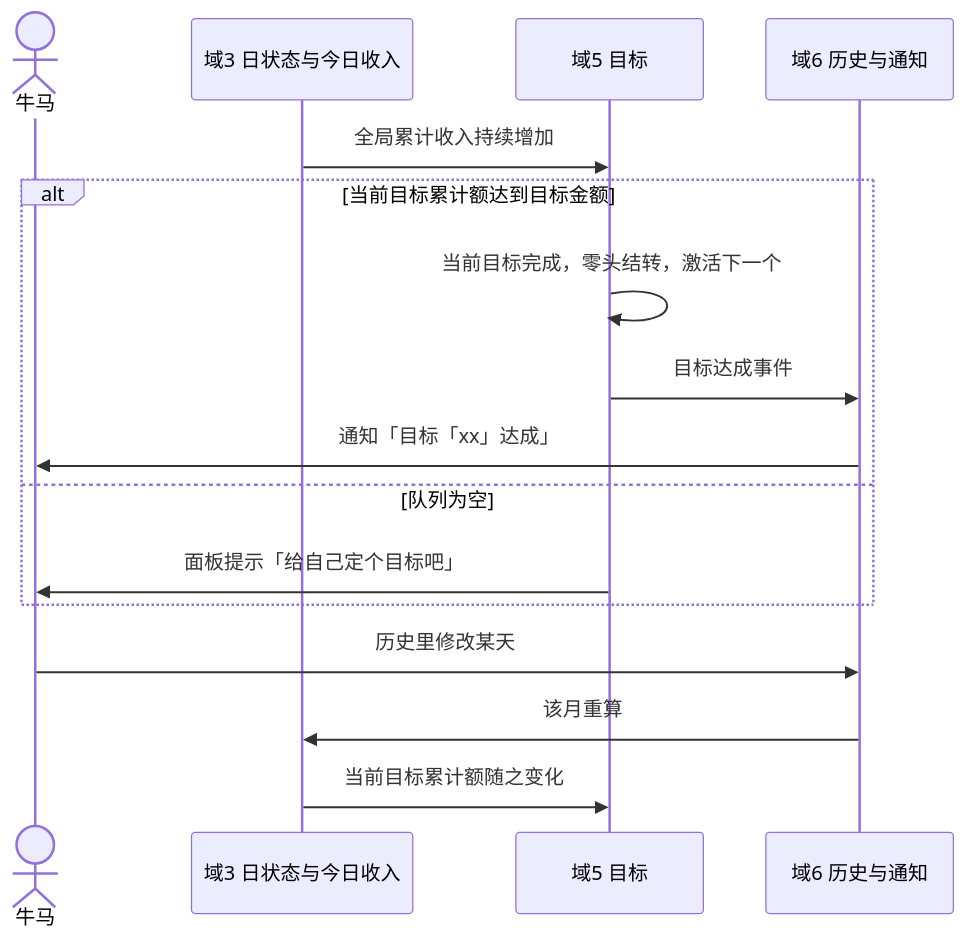
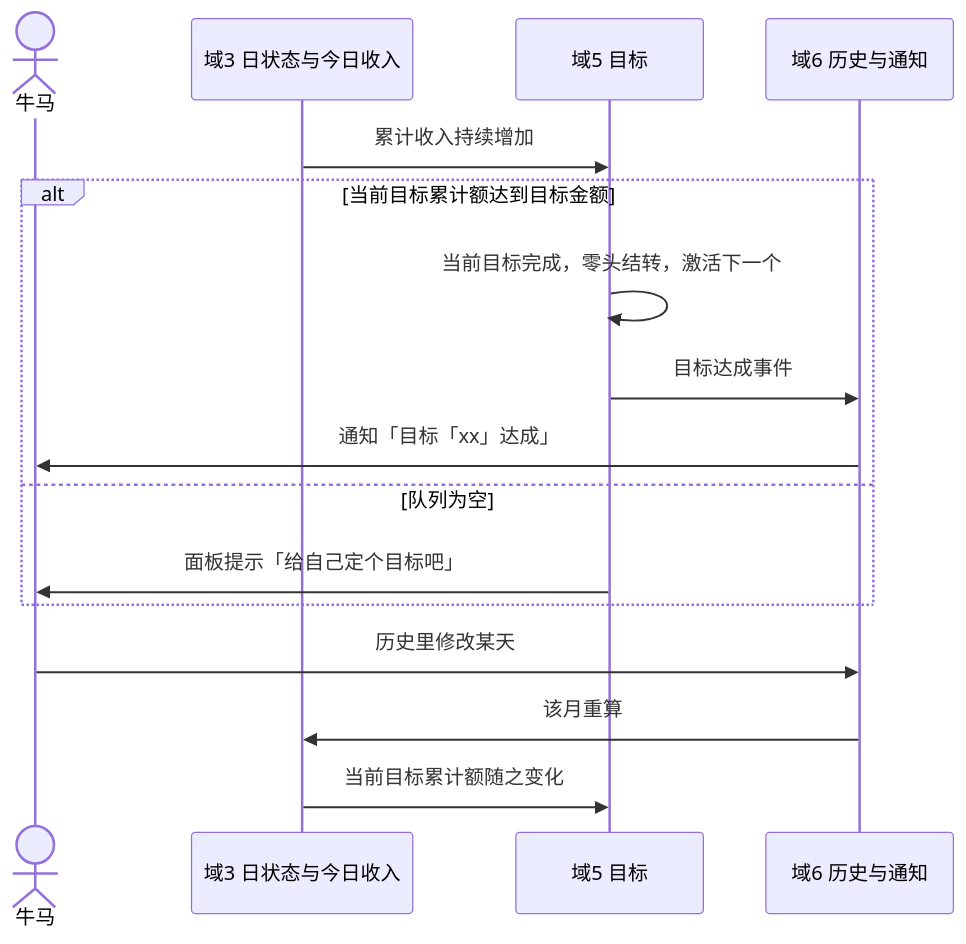
One commit to zhew1585/wage-tick changed the fourth of 5 diagrams in docs/prd.md. Above: the diagram before and after it, drawn with Mermaid. The commit also changed other lines of this file, not shown here.

````diff
--- a/docs/prd.md
+++ b/docs/prd.md
@@ -217,18 +219,18 @@
 ```mermaid
 sequenceDiagram
     actor N as 牛马
     participant D3 as 域3 日状态与今日收入
     participant D5 as 域5 目标
     participant D6 as 域6 历史与通知
-    D3->>D5: 全局累计收入持续增加
+    D3->>D5: 累计收入持续增加
     alt 当前目标累计额达到目标金额
         D5->>D5: 当前目标完成，零头结转，激活下一个
         D5->>D6: 目标达成事件
         D6->>N: 通知「目标「xx」达成」
     else 队列为空
         D5->>N: 面板提示「给自己定个目标吧」
     end
     N->>D6: 历史里修改某天
     D6->>D3: 该月重算
     D3->>D5: 当前目标累计额随之变化
 ```
````
